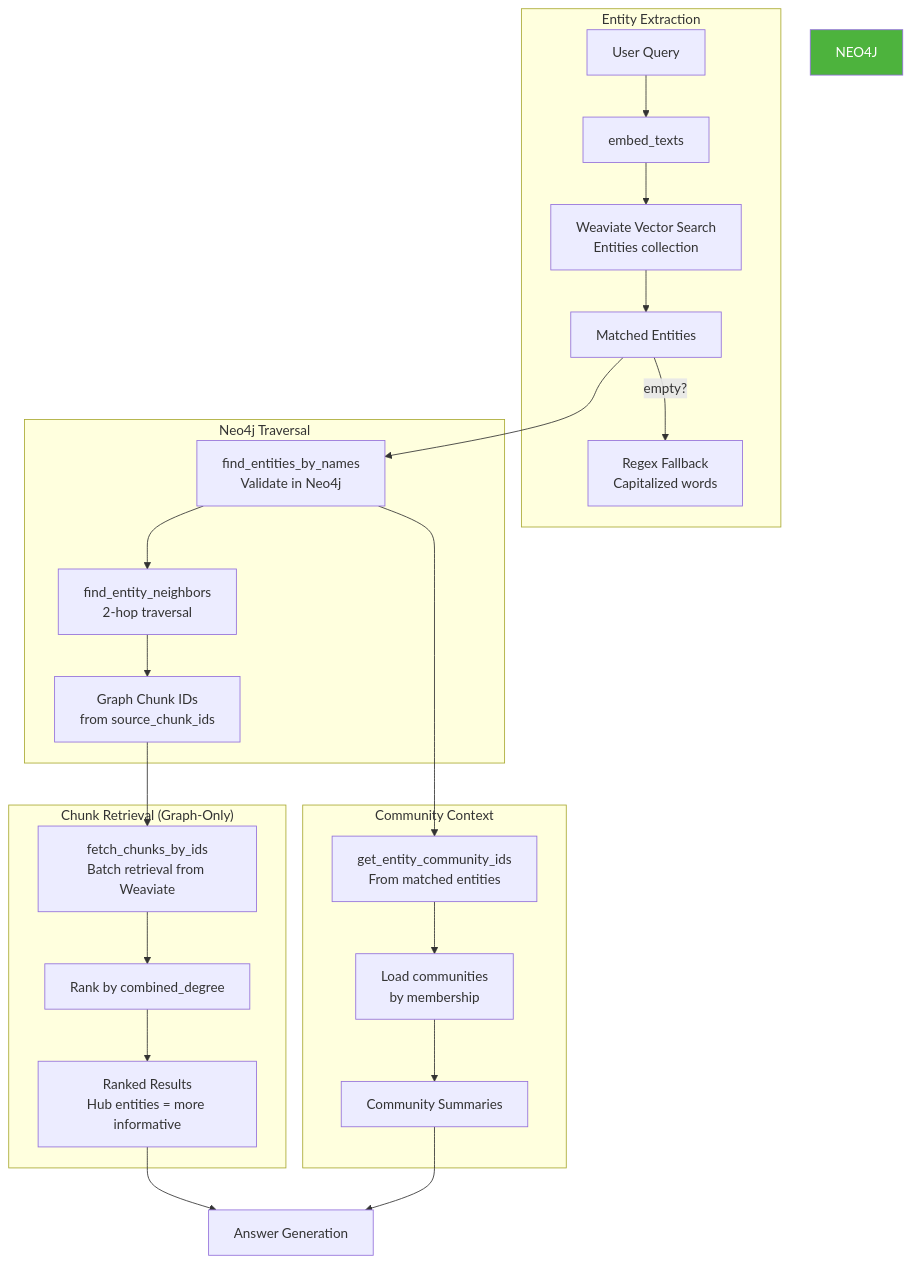
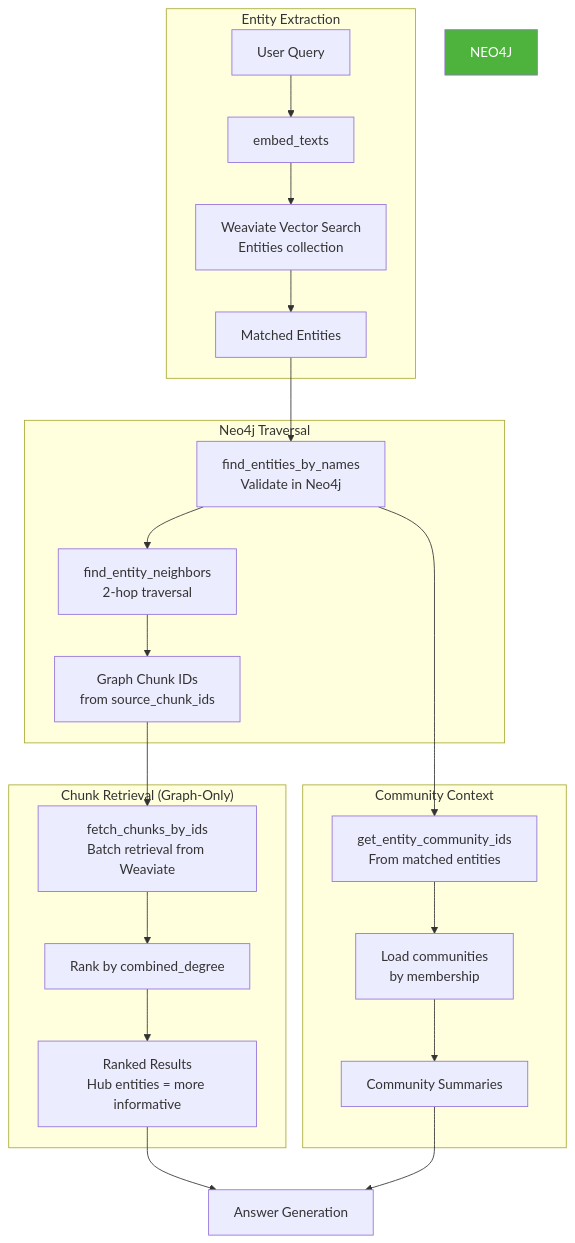
The seventh of 8 diagrams in memory-bank/graphrag/graphrag_raglab_implementation.md (crlsrmrlsz/raglab), drawn with Mermaid before and after one commit. The commit also changed other lines of this file and 3 other files, not shown here.

First line of the commit message:
refactor(graphrag): remove regex fallback for entity extraction

````diff
--- a/memory-bank/graphrag/graphrag_raglab_implementation.md
+++ b/memory-bank/graphrag/graphrag_raglab_implementation.md
@@ -502,33 +502,31 @@
 ```mermaid
 flowchart TB
     subgraph EntityExtraction["Entity Extraction"]
         QUERY[User Query] --> EMBED[embed_texts]
         EMBED --> SEARCH["Weaviate Vector Search<br/>Entities collection"]
         SEARCH --> ENTITIES[Matched Entities]
-
-        ENTITIES --> |empty?| REGEX[Regex Fallback<br/>Capitalized words]
     end
 
     subgraph GraphTraversal["Neo4j Traversal"]
         ENTITIES --> VALIDATE[find_entities_by_names<br/>Validate in Neo4j]
         VALIDATE --> TRAVERSE["find_entity_neighbors<br/>2-hop traversal"]
         TRAVERSE --> GRAPH_CHUNKS[Graph Chunk IDs<br/>from source_chunk_ids]
     end
 
     subgraph ChunkRetrieval["Chunk Retrieval (Graph-Only)"]
         GRAPH_CHUNKS --> FETCH[fetch_chunks_by_ids<br/>Batch retrieval from Weaviate]
         FETCH --> RANK_GRAPH["Rank by combined_degree"]
         RANK_GRAPH --> RESULTS[Ranked Results<br/>Hub entities = more informative]
     end
 
     subgraph CommunityContext["Community Context"]
         VALIDATE --> COMM_IDS[get_entity_community_ids<br/>From matched entities]
         COMM_IDS --> LOAD_COMM[Load communities<br/>by membership]
         LOAD_COMM --> CONTEXT[Community Summaries]
     end
 
     RESULTS --> ANSWER[Answer Generation]
     CONTEXT --> ANSWER
 
     style NEO4J fill:#4db33d,color:white
 ```
````
